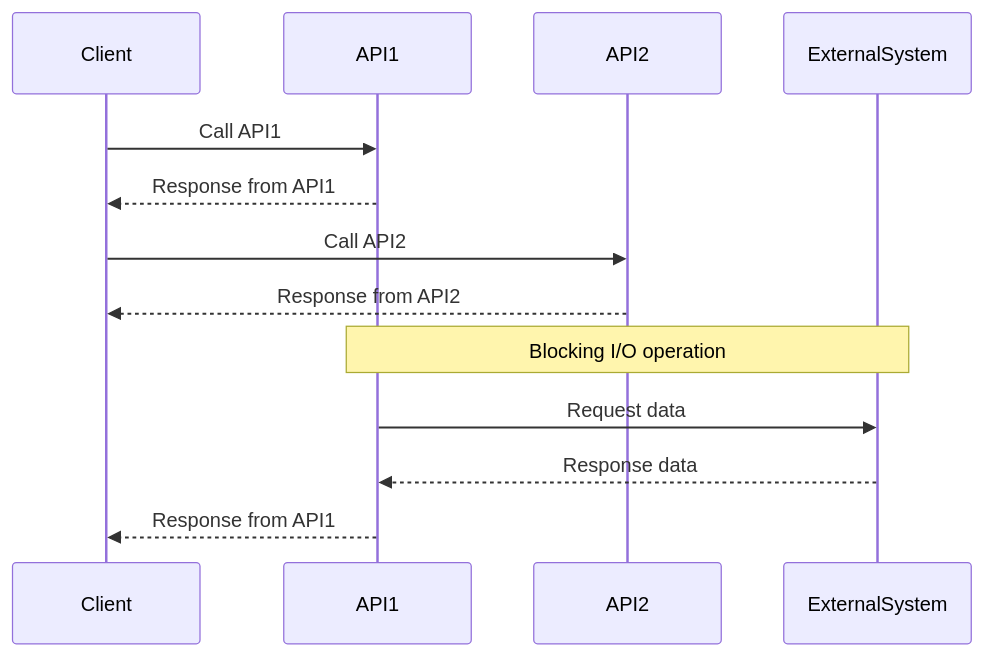
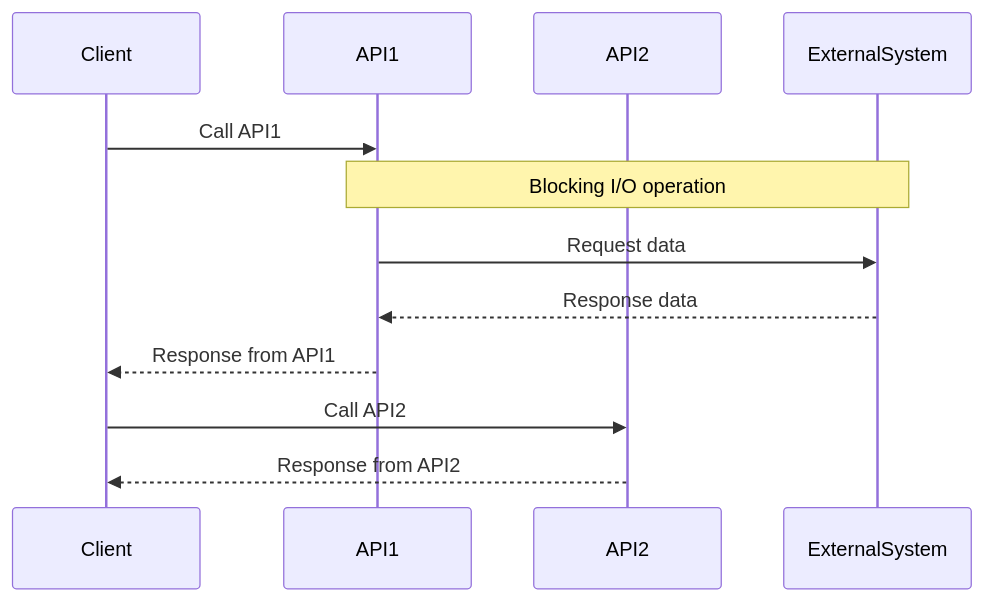
Before and after one commit to nitinkc/nitinkc.github.io: the first of 2 diagrams in _posts/Java/threads/2024-07-19-java21-virtualthreads.md, drawn with Mermaid. The commit also changed other lines of this file, not shown here.

````diff
--- a/_posts/Java/threads/2024-07-19-java21-virtualthreads.md
+++ b/_posts/Java/threads/2024-07-19-java21-virtualthreads.md
@@ -86,17 +86,15 @@
 ```mermaid!
 sequenceDiagram
-    participant Client
-    participant API1
-    participant API2
-    participant ExternalSystem
+  participant Client
+  participant API1
+  participant API2
+  participant ExternalSystem
 
-    Client ->> API1: Call API1
-    API1 -->> Client: Response from API1
-    Client ->> API2: Call API2
-    API2 -->> Client: Response from API2
-
-    Note over API1, ExternalSystem: Blocking I/O operation
-    API1 ->> ExternalSystem: Request data
-    ExternalSystem -->> API1: Response data
-    API1 -->> Client: Response from API1
+  Client ->> API1: Call API1
+  Note over API1, ExternalSystem: Blocking I/O operation
+  API1 ->> ExternalSystem: Request data
+  ExternalSystem -->> API1: Response data
+  API1 -->> Client: Response from API1
+  Client ->> API2: Call API2
+  API2 -->> Client: Response from API2
 ```
````
